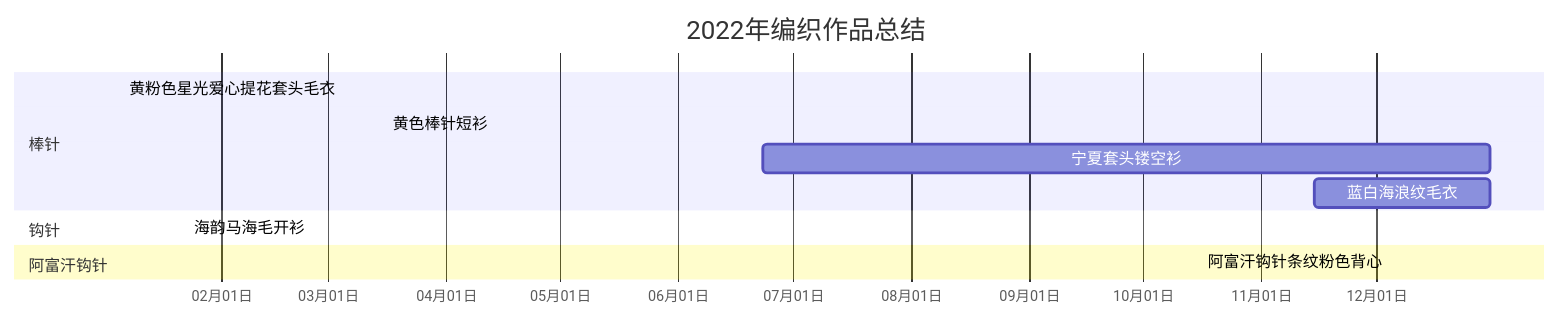
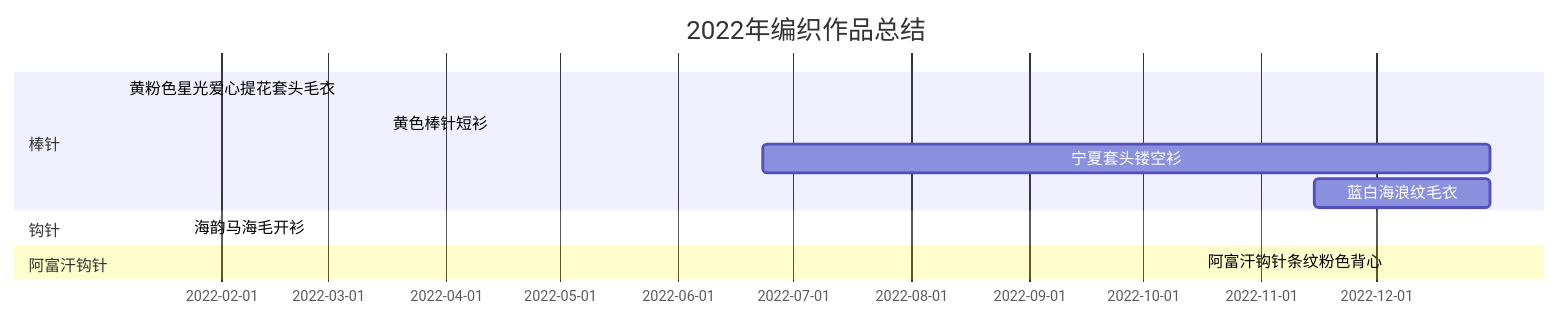
Before and after one commit to JiYouMCC/JiYouMCC.github.io: the diagram in _posts/2023-03-01-101.markdown, drawn with Mermaid. The commit also changed other lines of this file, not shown here.

Commit message:
2022年编织作品总结

````diff
--- a/_posts/2023-03-01-101.markdown
+++ b/_posts/2023-03-01-101.markdown
@@ -19,15 +19,13 @@
 ```mermaid
 gantt
-    title 2022年编织作品总结
-    axisFormat %m月%d日
-    todayMarker off    
+    title 2022年编织作品总结 
     section 棒针
     黄粉色星光爱心提花套头毛衣   :done,   2022-01-06, 2022-05-08
     黄色棒针短衫                :done,   2022-03-16, 2022-06-21
     宁夏套头镂空衫              :active  2022-06-23,191d
     蓝白海浪纹毛衣              :active  2022-11-15, 46d     
     section 钩针
     海韵马海毛开衫              :done,   2022-01-23, 2022-11-15     
     section 阿富汗钩针
     阿富汗钩针条纹粉色背心       :done,  2022-10-16, 2022-10-30    
 ```
````
